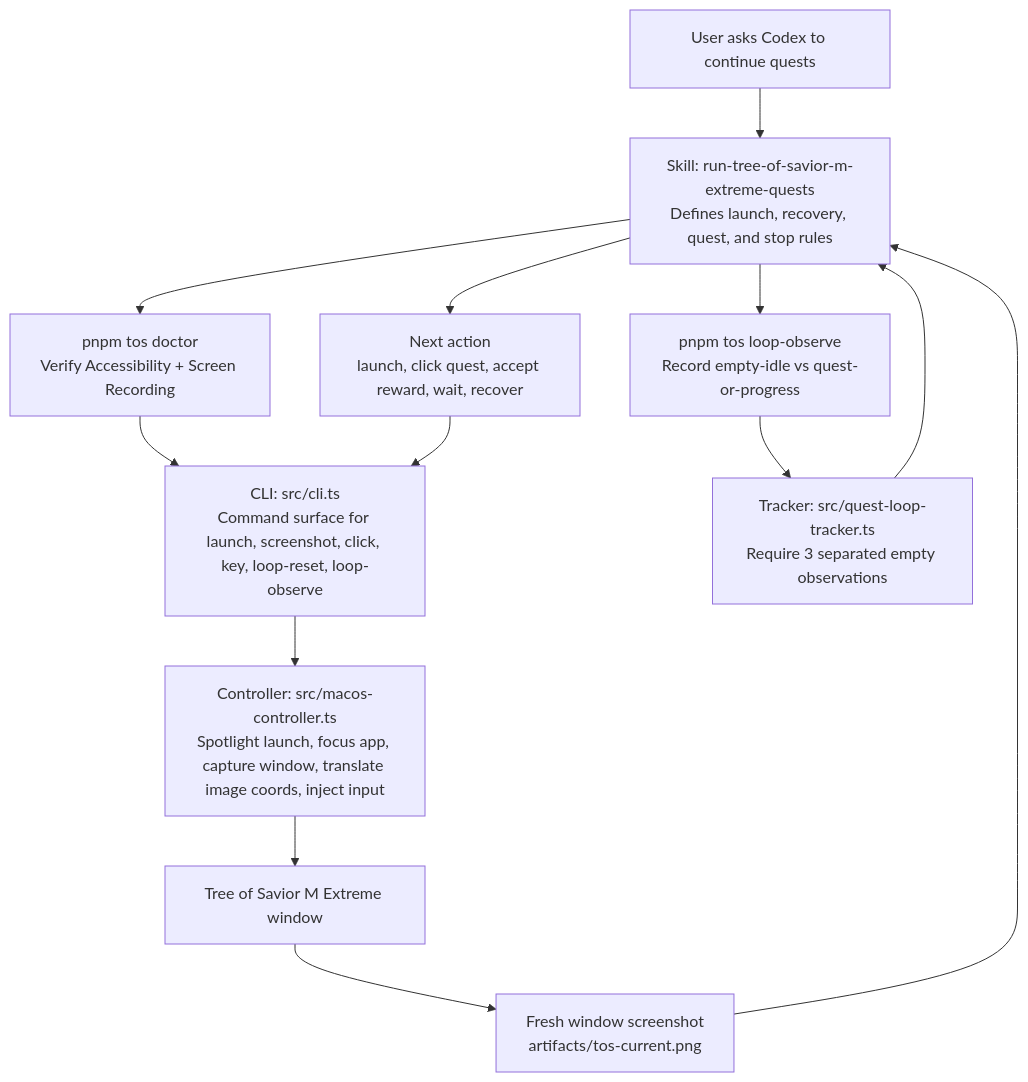
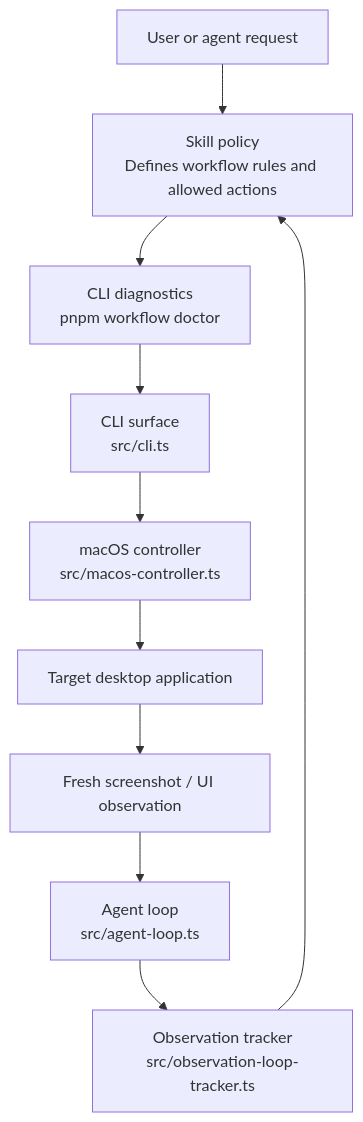
The diagram in README.md (xsodus/tos-mac-app-ai-workflow), drawn with Mermaid before and after one commit. The commit also changed other lines of this file and 18 other files, not shown here.

````diff
--- a/README.md
+++ b/README.md
@@ -100,15 +58,12 @@
 ```mermaid
 flowchart TD
-    U["User asks Codex to continue quests"] --> S["Skill: run-tree-of-savior-m-extreme-quests<br/>Defines launch, recovery, quest, and stop rules"]
-    S --> D["pnpm tos doctor<br/>Verify Accessibility + Screen Recording"]
-    D --> C["CLI: src/cli.ts<br/>Command surface for launch, screenshot, click, key, loop-reset, loop-observe"]
-    C --> M["Controller: src/macos-controller.ts<br/>Spotlight launch, focus app, capture window, translate image coords, inject input"]
-    M --> G["Tree of Savior M Extreme window"]
-    G --> W["Fresh window screenshot<br/>artifacts/tos-current.png"]
-    W --> S
-    S --> T["pnpm tos loop-observe<br/>Record empty-idle vs quest-or-progress"]
-    T --> Q["Tracker: src/quest-loop-tracker.ts<br/>Require 3 separated empty observations"]
-    Q --> S
-    S --> A["Next action<br/>launch, click quest, accept reward, wait, recover"]
-    A --> C
+    U["User or agent request"] --> S["Skill policy<br/>Defines workflow rules and allowed actions"]
+    S --> D["CLI diagnostics<br/>pnpm workflow doctor"]
+    D --> C["CLI surface<br/>src/cli.ts"]
+    C --> M["macOS controller<br/>src/macos-controller.ts"]
+    M --> A["Target desktop application"]
+    A --> O["Fresh screenshot / UI observation"]
+    O --> L["Agent loop<br/>src/agent-loop.ts"]
+    L --> T["Observation tracker<br/>src/observation-loop-tracker.ts"]
+    T --> S
 ```
````
